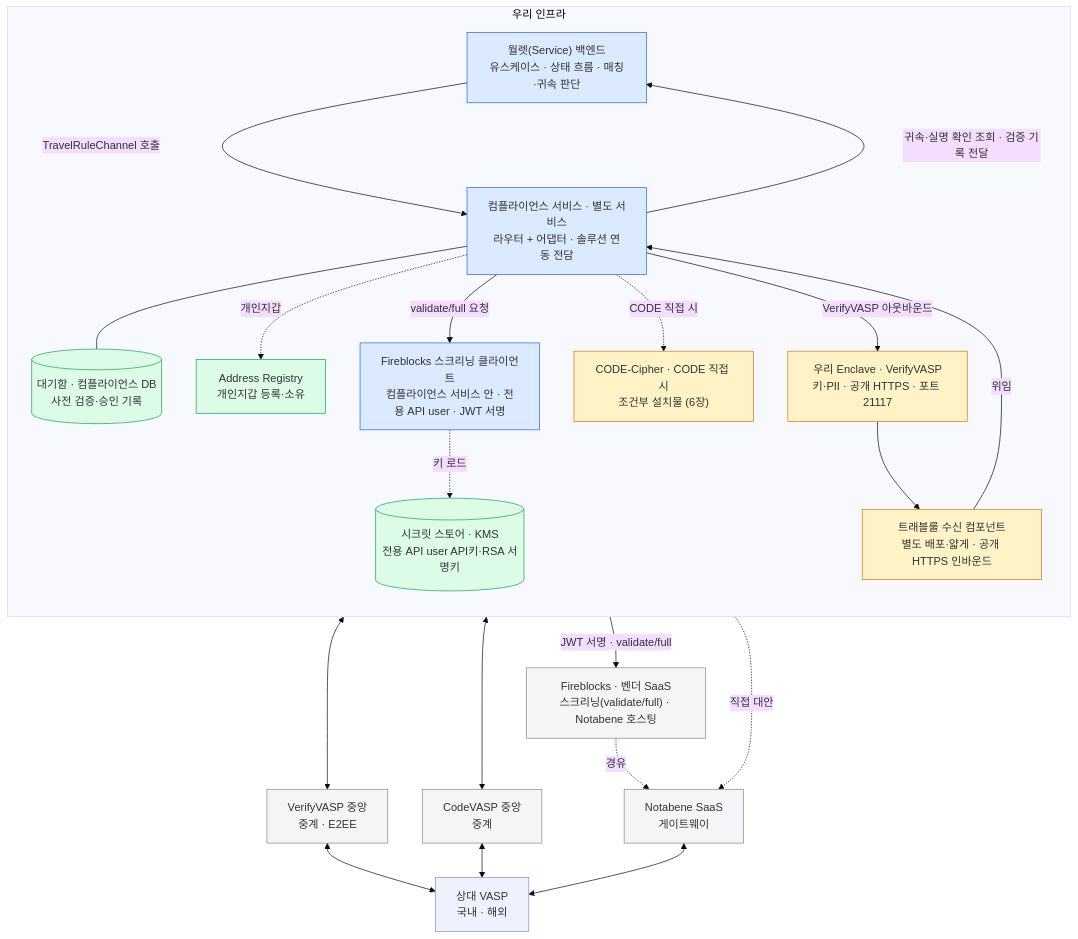
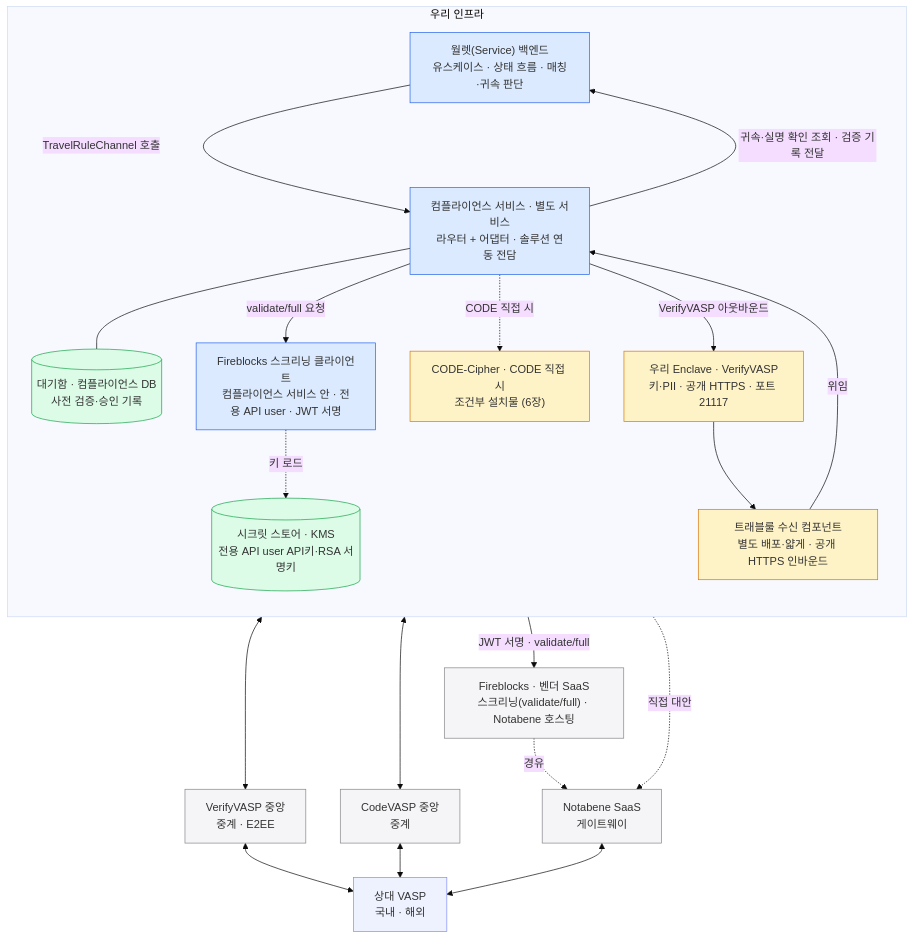
One commit to eunsujeo/eunpus changed the diagram in blockchain-manager/docs/트래블룰/설계/12-physical-layout.md. Above: the diagram before and after it, drawn with Mermaid (base theme). The commit also changed 8 other files, not shown here.

````diff
--- a/blockchain-manager/docs/트래블룰/설계/12-physical-layout.md
+++ b/blockchain-manager/docs/트래블룰/설계/12-physical-layout.md
@@ -9,52 +9,50 @@
 ```mermaid
 flowchart TB
   subgraph OURS["우리 인프라"]
     direction TB
     SVC["월렛(Service) 백엔드<br/>유스케이스 · 상태 흐름 · 매칭·귀속 판단"]
     GATE["컴플라이언스 서비스 · 별도 서비스<br/>라우터 + 어댑터 · 솔루션 연동 전담"]
     WQ[("대기함 · 컴플라이언스 DB<br/>사전 검증·승인 기록")]
     FBCLI["Fireblocks 스크리닝 클라이언트<br/>컴플라이언스 서비스 안 · 전용 API user · JWT 서명"]
     SEC[("시크릿 스토어 · KMS<br/>전용 API user API키·RSA 서명키")]
     RX["트래블룰 수신 컴포넌트<br/>별도 배포·얇게 · 공개 HTTPS 인바운드"]
     EN["우리 Enclave · VerifyVASP<br/>키·PII · 공개 HTTPS · 포트 21117"]
     CC["CODE-Cipher · CODE 직접 시<br/>조건부 설치물 (6장)"]
-    AR["Address Registry<br/>개인지갑 등록·소유"]
   end
 
   HUB["VerifyVASP 중앙<br/>중계 · E2EE"]
   CV["CodeVASP 중앙<br/>중계"]
   NB["Notabene SaaS<br/>게이트웨이"]
   FB["Fireblocks · 벤더 SaaS<br/>스크리닝(validate/full) · Notabene 호스팅"]
   RVP["상대 VASP<br/>국내 · 해외"]
 
   SVC -->|TravelRuleChannel 호출| GATE
   GATE -->|귀속·실명 확인 조회 · 검증 기록 전달| SVC
   GATE --- WQ
-  GATE -.->|개인지갑| AR
   GATE -->|VerifyVASP 아웃바운드| EN
   GATE -.->|CODE 직접 시| CC
   GATE -->|validate/full 요청| FBCLI
   FBCLI -->|JWT 서명 · validate/full| FB
   FBCLI -.->|키 로드| SEC
   GATE -.->|직접 대안| NB
   EN --> RX
   RX -->|위임| GATE
 
   EN <--> HUB
   CC <--> CV
   FB -.->|경유| NB
   HUB <--> RVP
   CV <--> RVP
   NB <--> RVP
 
   classDef ours fill:#dbeafe,stroke:#2563eb;
   classDef store fill:#dcfce7,stroke:#16a34a;
   classDef selfhost fill:#fef3c7,stroke:#d97706;
   classDef vendor fill:#f5f5f7,stroke:#86868b;
   classDef chain fill:#eef2ff,stroke:#818cf8;
   class SVC,GATE,FBCLI ours
   class WQ,SEC,AR store
   class RX,EN,CC selfhost
   class HUB,CV,NB,FB vendor
   class RVP chain
 ```
````
